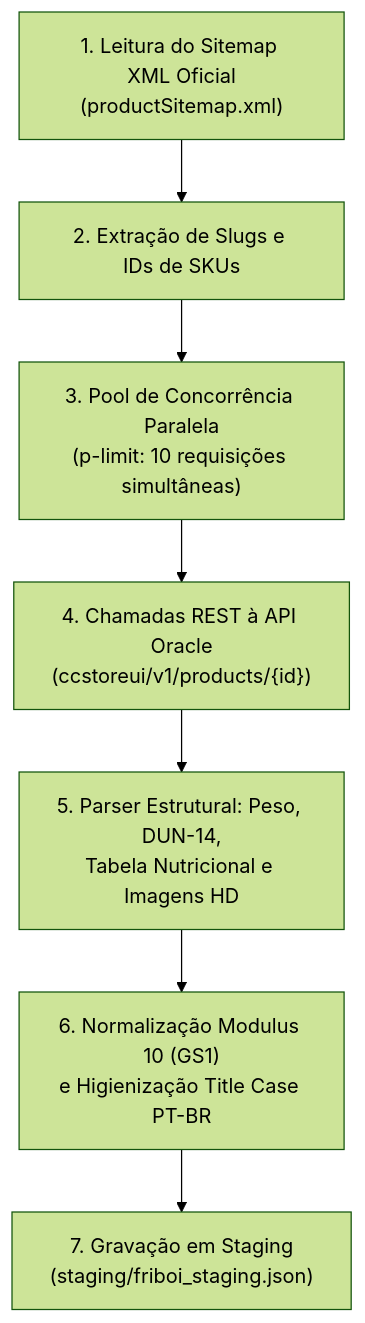
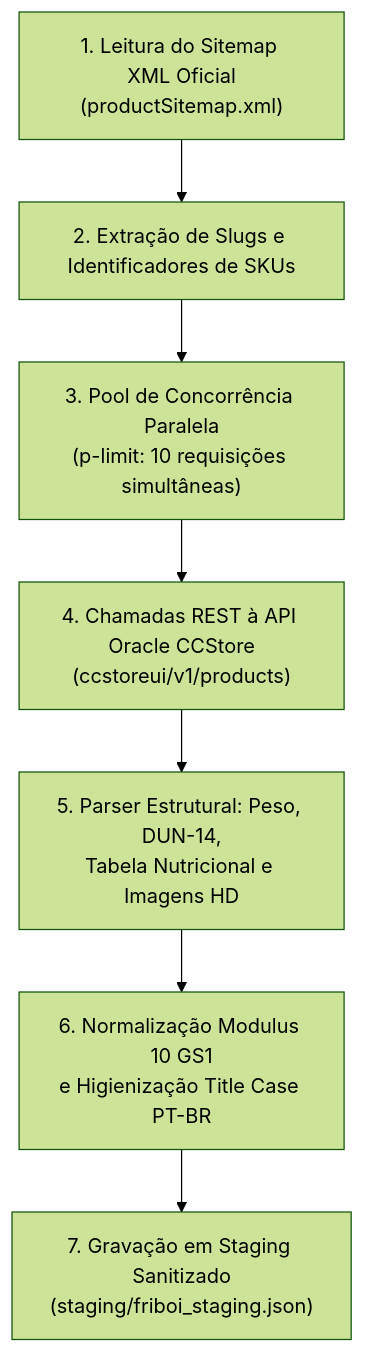
Before and after one commit to NaejBarbosa/paletscan-etl: the diagram in docs/pipeline-friboi.md, drawn with Mermaid (forest theme). The commit also changed 9 other files, not shown here.

Commit message:
fix(docs): verticalizar diagramas com ramificacoes a direita e corrigir sintaxe Mermaid em todas as paginas

````diff
--- a/docs/pipeline-friboi.md
+++ b/docs/pipeline-friboi.md
@@ -11,9 +11,9 @@
 ```mermaid
 flowchart TD
-    A["1. Leitura do Sitemap XML Oficial\n(productSitemap.xml)"] --> B["2. Extração de Slugs e IDs de SKUs"]
-    B --> C["3. Pool de Concorrência Paralela\n(p-limit: 10 requisições simultâneas)"]
-    C --> D["4. Chamadas REST à API Oracle\n(ccstoreui/v1/products/{id})"]
-    D --> E["5. Parser Estrutural: Peso, DUN-14,\nTabela Nutricional e Imagens HD"]
-    E --> F["6. Normalização Modulus 10 (GS1)\ne Higienização Title Case PT-BR"]
-    F --> G["7. Gravação em Staging\n(staging/friboi_staging.json)"]
+    SITEMAP["1. Leitura do Sitemap XML Oficial\n(productSitemap.xml)"] --> PARSE["2. Extração de Slugs e Identificadores de SKUs"]
+    PARSE --> POOL["3. Pool de Concorrência Paralela\n(p-limit: 10 requisições simultâneas)"]
+    POOL --> API["4. Chamadas REST à API Oracle CCStore\n(ccstoreui/v1/products)"]
+    API --> STRUCT["5. Parser Estrutural: Peso, DUN-14,\nTabela Nutricional e Imagens HD"]
+    STRUCT --> NORM["6. Normalização Modulus 10 GS1\ne Higienização Title Case PT-BR"]
+    NORM --> STG["7. Gravação em Staging Sanitizado\n(staging/friboi_staging.json)"]
 ```
````
